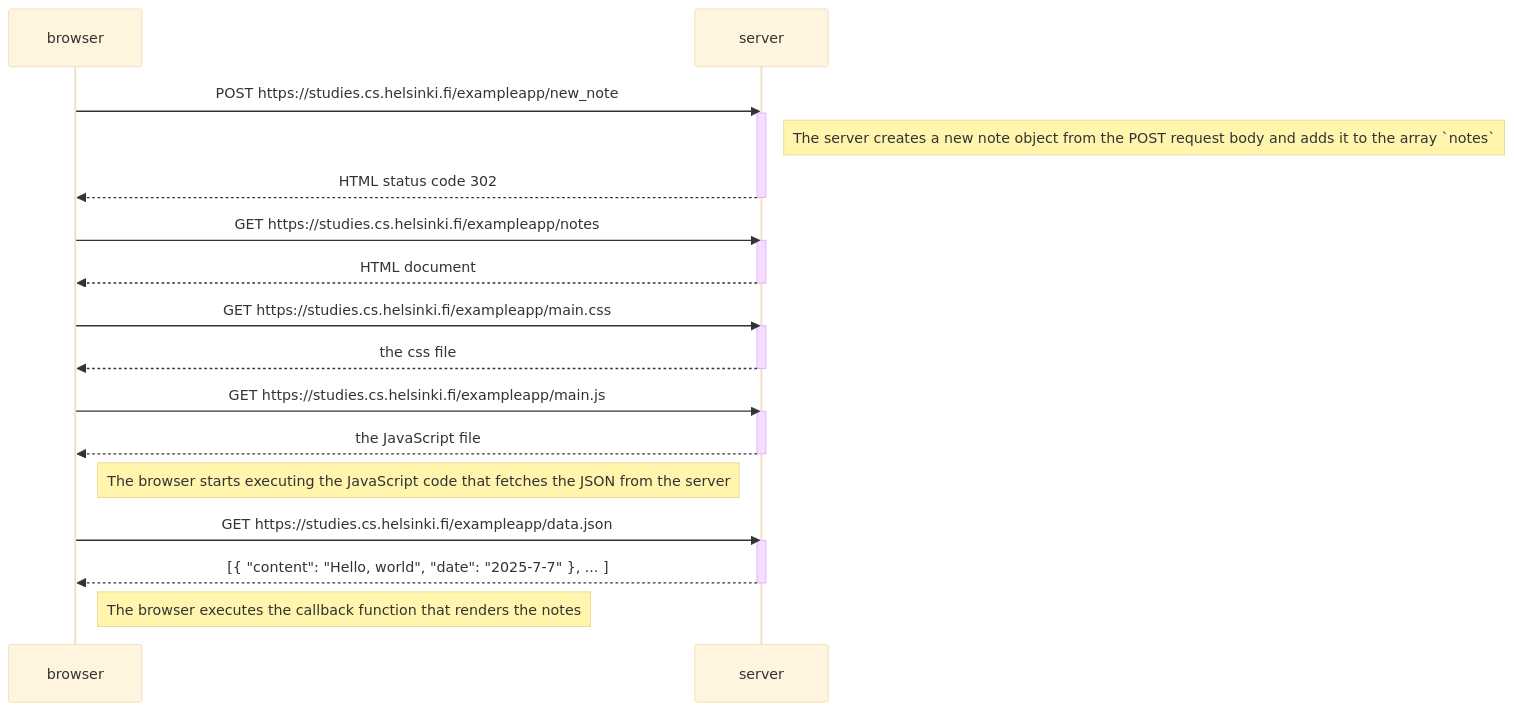
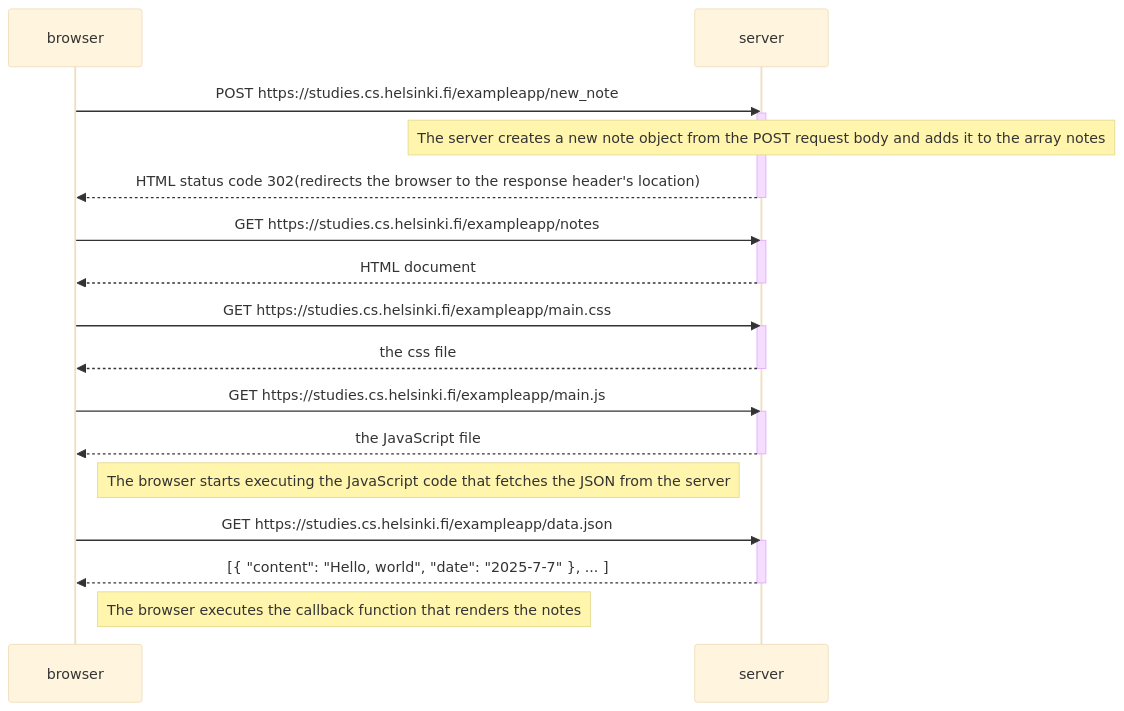
One commit to ebaek88/fullStackOpen changed the diagram in part0/ex04.md. Above: the diagram before and after it, drawn with Mermaid (base theme). The commit also changed 2 other files, not shown here.

Commit message:
feat: add answers for Part 0, Exercise 0.5 and 0.6
Answer for Exercise 0.5: Single page app diagram and
Exercise 0.6: New note in Single page app diagram

````diff
--- a/part0/ex04.md
+++ b/part0/ex04.md
@@ -1,35 +1,35 @@
 ```mermaid
 sequenceDiagram
     participant browser
     participant server
 
     browser->>server: POST https://studies.cs.helsinki.fi/exampleapp/new_note
     activate server
-    Note right of server: The server creates a new note object from the POST request body and adds it to the array `notes`
-    server-->>browser: HTML status code 302
+    Note over server: The server creates a new note object from the POST request body and adds it to the array notes
+    server-->>browser: HTML status code 302(redirects the browser to the response header's location)
     deactivate server
 
     browser->>server: GET https://studies.cs.helsinki.fi/exampleapp/notes
     activate server
     server-->>browser: HTML document
     deactivate server
 
     browser->>server: GET https://studies.cs.helsinki.fi/exampleapp/main.css
     activate server
     server-->>browser: the css file
     deactivate server
 
     browser->>server: GET https://studies.cs.helsinki.fi/exampleapp/main.js
     activate server
     server-->>browser: the JavaScript file
     deactivate server
 
     Note right of browser: The browser starts executing the JavaScript code that fetches the JSON from the server
 
     browser->>server: GET https://studies.cs.helsinki.fi/exampleapp/data.json
     activate server
     server-->>browser: [{ "content": "Hello, world", "date": "2025-7-7" }, ... ]
     deactivate server
 
     Note right of browser: The browser executes the callback function that renders the notes
 ```
````
